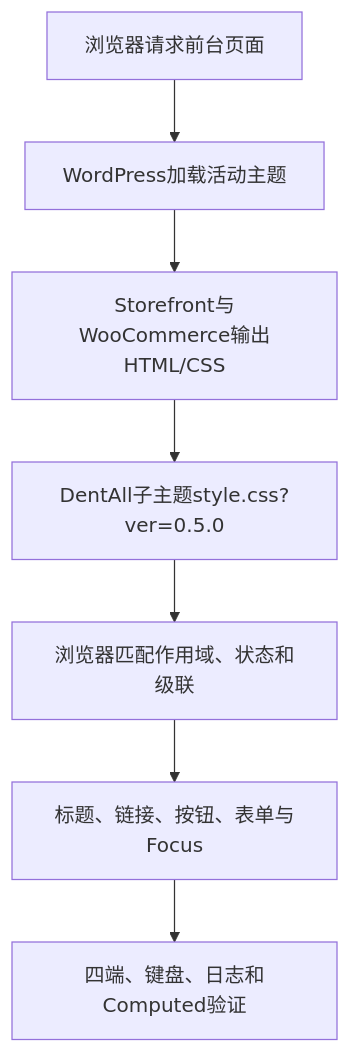
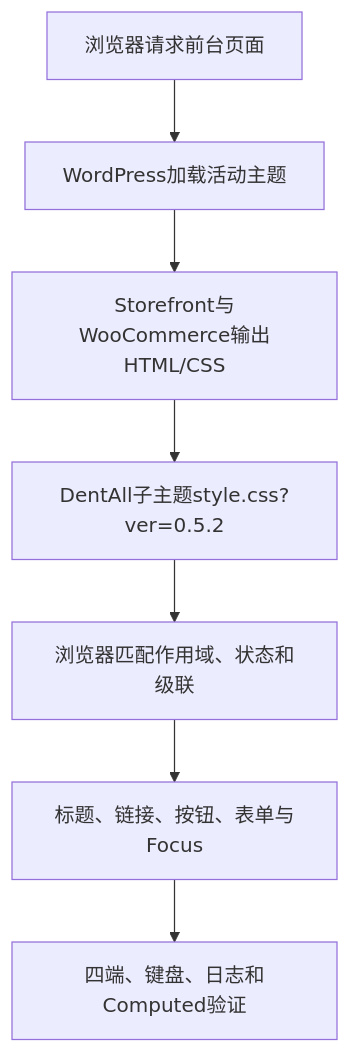
Before and after one commit to nicewangli/dentall: the second of 2 diagrams in project-docs/笔记/WordPress实战笔记/Day28-基础控件状态与CSS级联.md, drawn with Mermaid. The commit also changed other lines of this file and 3 other files, not shown here.

````diff
--- a/project-docs/笔记/WordPress实战笔记/Day28-基础控件状态与CSS级联.md
+++ b/project-docs/笔记/WordPress实战笔记/Day28-基础控件状态与CSS级联.md
@@ -89,9 +89,9 @@
 ```mermaid
 flowchart TD
     A["浏览器请求前台页面"] --> B["WordPress加载活动主题"]
     B --> C["Storefront与WooCommerce输出HTML/CSS"]
-    C --> D["DentAll子主题style.css?ver=0.5.0"]
+    C --> D["DentAll子主题style.css?ver=0.5.2"]
     D --> E["浏览器匹配作用域、状态和级联"]
     E --> F["标题、链接、按钮、表单与Focus"]
     F --> G["四端、键盘、日志和Computed验证"]
 ```
````
